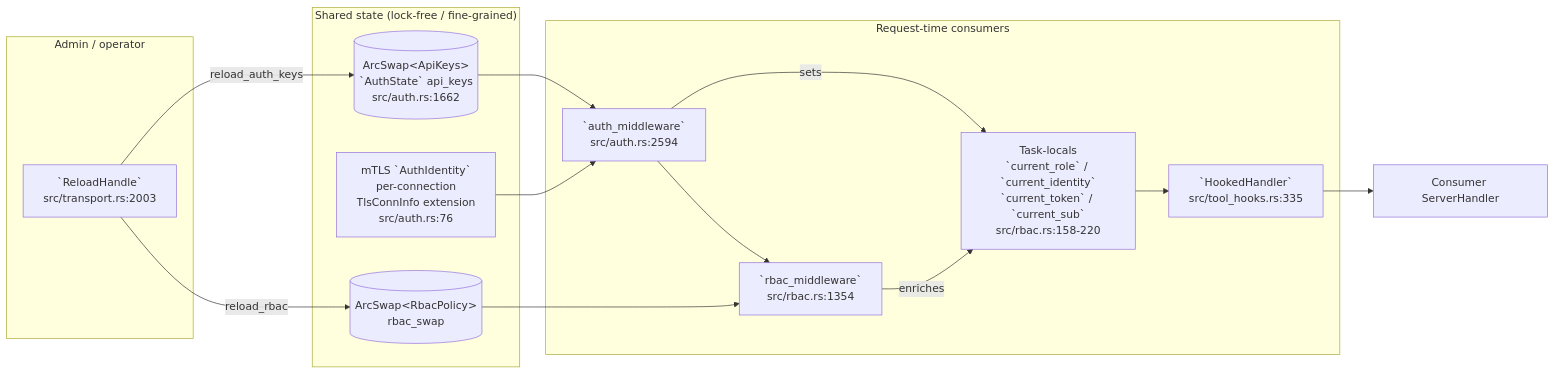
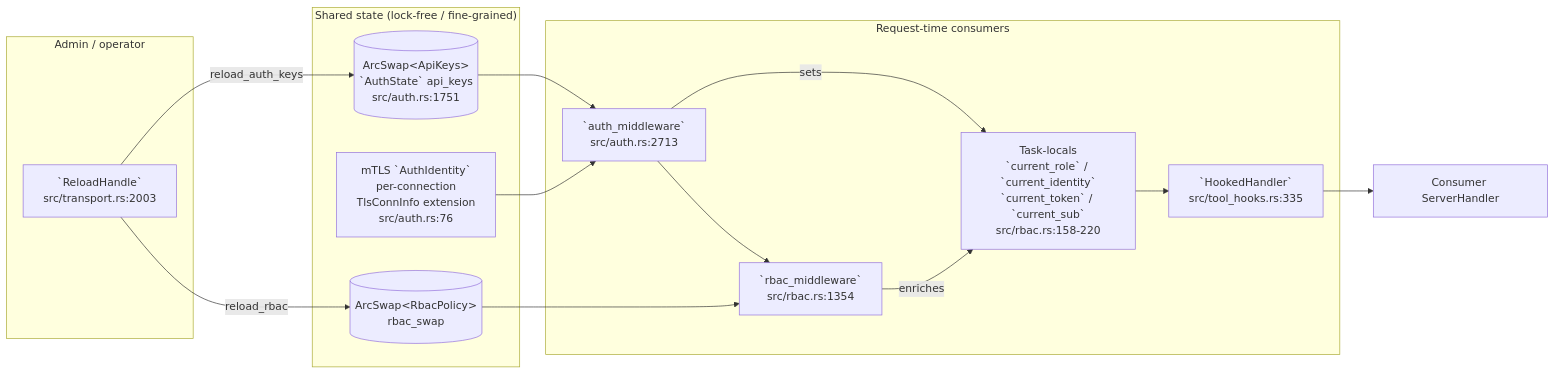
The third of 4 diagrams in docs/MINDMAP.md (andrico21/rmcp-server-kit), drawn with Mermaid before and after one commit. The commit also changed other lines of this file and 6 other files, not shown here.

````diff
--- a/docs/MINDMAP.md
+++ b/docs/MINDMAP.md
@@ -332,31 +332,31 @@
 ```mermaid
 flowchart LR
     subgraph Admin["Admin / operator"]
         RH[`ReloadHandle`<br/>src/transport.rs:2003]
     end
 
     subgraph SharedState["Shared state (lock-free / fine-grained)"]
-        AKS[(ArcSwap&lt;ApiKeys&gt;<br/>`AuthState` api_keys<br/>src/auth.rs:1662)]
+        AKS[(ArcSwap&lt;ApiKeys&gt;<br/>`AuthState` api_keys<br/>src/auth.rs:1751)]
         RBS[(ArcSwap&lt;RbacPolicy&gt;<br/>rbac_swap)]
         MTL[mTLS `AuthIdentity`<br/>per-connection<br/>TlsConnInfo extension<br/>src/auth.rs:76]
     end
 
     subgraph Hot["Request-time consumers"]
-        AM[`auth_middleware`<br/>src/auth.rs:2594]
+        AM[`auth_middleware`<br/>src/auth.rs:2713]
         BM[`rbac_middleware`<br/>src/rbac.rs:1354]
         TL["Task-locals<br/>`current_role` / `current_identity`<br/>`current_token` / `current_sub`<br/>src/rbac.rs:158-220"]
         TH[`HookedHandler`<br/>src/tool_hooks.rs:335]
     end
 
     RH -- reload_auth_keys --> AKS
     RH -- reload_rbac --> RBS
 
     AKS --> AM
     MTL --> AM
     AM -- sets --> TL
     AM --> BM
     RBS --> BM
     BM -- enriches --> TL
     TL --> TH
     TH --> Consumer[Consumer ServerHandler]
 ```
````
